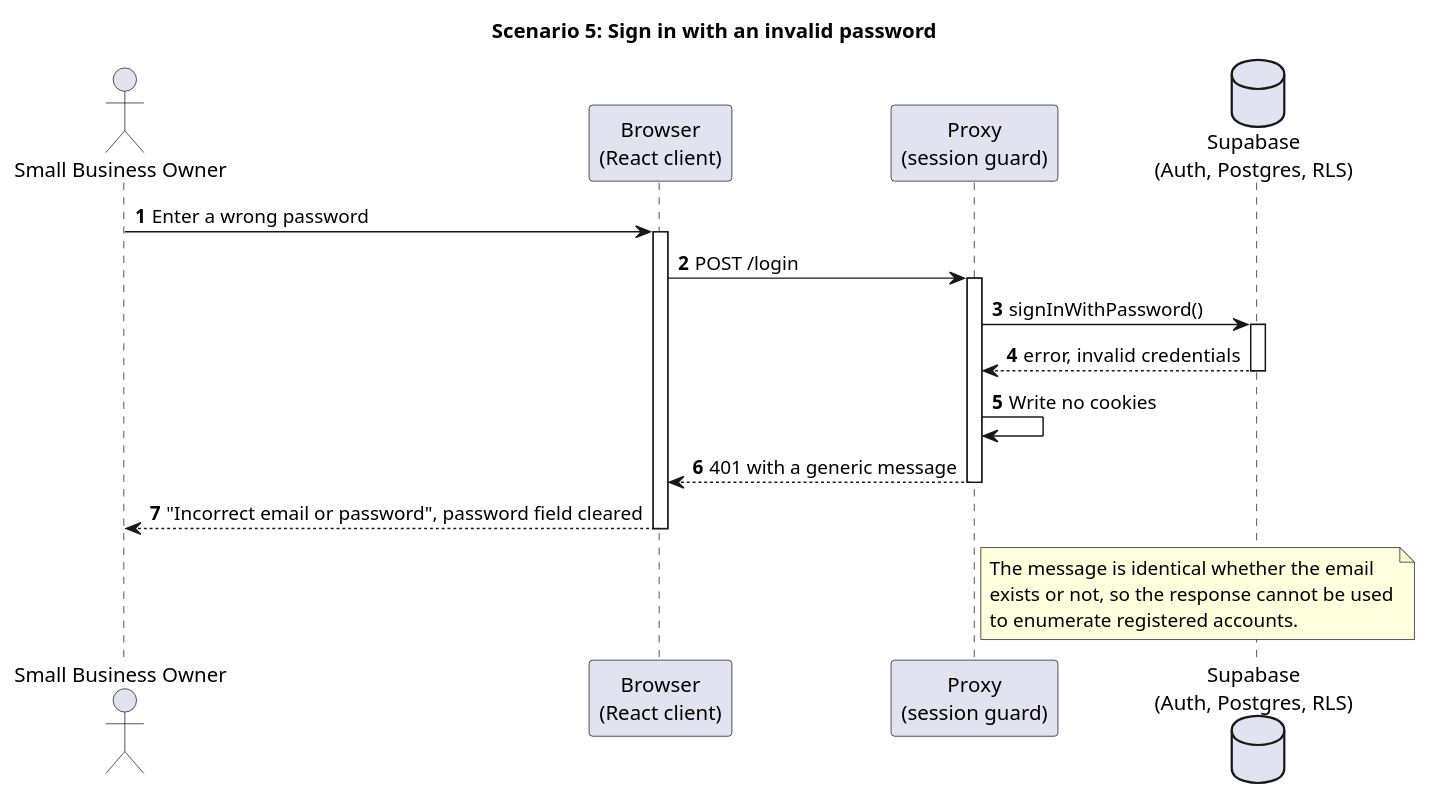
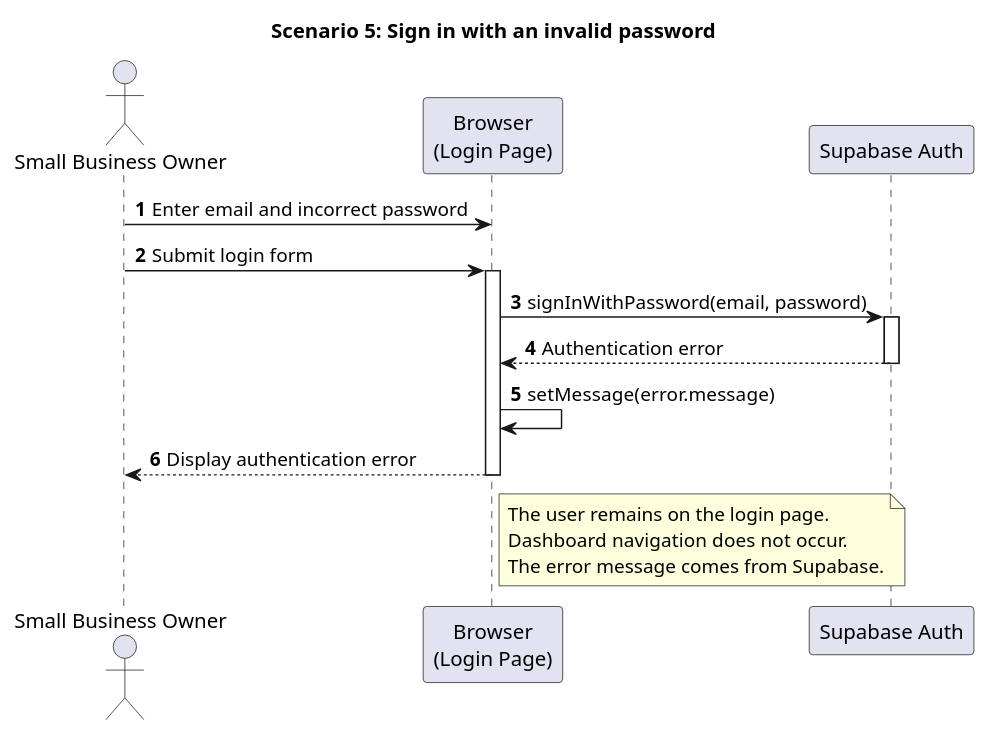
One commit to sub0xdai/vic-uni-capstone changed the fifth of 5 diagrams in docs/sections/05-sequence-diagrams.md. Above: the diagram before and after it, drawn with PlantUML. The commit also changed other lines of this file and 7 other files, not shown here.

First line of the commit message:
docs: correct and render sequence diagrams (G1)

````diff
--- a/docs/sections/05-sequence-diagrams.md
+++ b/docs/sections/05-sequence-diagrams.md
@@ -215,34 +250,30 @@
 ```plantuml
 @startuml
 title Scenario 5: Sign in with an invalid password
 autonumber
 
-actor       "Small Business Owner"            as User
-participant "Browser\n(React client)"         as Browser
-participant "Proxy\n(session guard)"          as Proxy
-database    "Supabase\n(Auth, Postgres, RLS)" as Supabase
+actor "Small Business Owner" as User
+participant "Browser\n(Login Page)" as Browser
+participant "Supabase Auth" as Auth
 
-User    -> Browser : Enter a wrong password
+User -> Browser: Enter email and incorrect password
+User -> Browser: Submit login form
 activate Browser
-Browser -> Proxy   : POST /login
-activate Proxy
-Proxy   -> Supabase : signInWithPassword()
-activate Supabase
-Supabase --> Proxy : error, invalid credentials
-deactivate Supabase
 
-Proxy   -> Proxy   : Write no cookies
-Proxy   --> Browser : 401 with a generic message
-deactivate Proxy
+Browser -> Auth: signInWithPassword(email, password)
+activate Auth
+Auth --> Browser: Authentication error
+deactivate Auth
 
-Browser --> User    : "Incorrect email or password", password field cleared
-deactivate Browser
+Browser -> Browser: setMessage(error.message)
+Browser --> User: Display authentication error
 
-note right of Proxy
-  The message is identical whether the email
-  exists or not, so the response cannot be used
-  to enumerate registered accounts.
+note right of Browser
+The user remains on the login page.
+Dashboard navigation does not occur.
+The error message comes from Supabase.
 end note
 
+deactivate Browser
 @enduml
 ```
````
